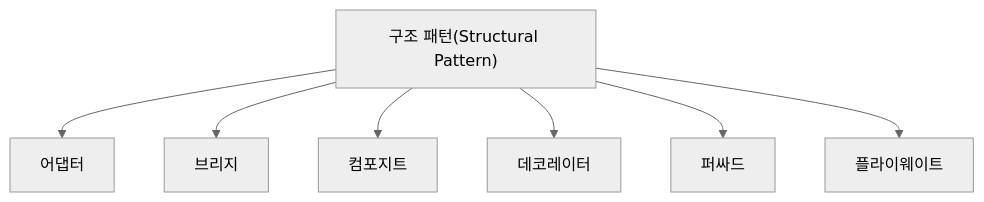
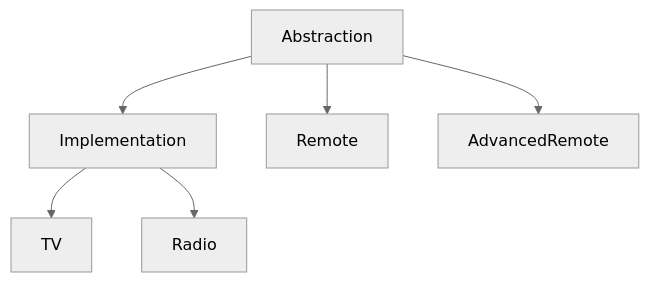
One commit to nes0903/study changed the fifth of 11 diagrams in 정보처리기사/1과목 소프트웨어 설계/051 구조 패턴(Structural Pattern)/051 구조 패턴(Structural Pattern).md. Above: the diagram before and after it, drawn with Mermaid (neutral theme). The commit also changed other lines of this file and 318 other files, not shown here.

````diff
--- a/정보처리기사/1과목 소프트웨어 설계/051 구조 패턴(Structural Pattern)/051 구조 패턴(Structural Pattern).md
+++ b/정보처리기사/1과목 소프트웨어 설계/051 구조 패턴(Structural Pattern)/051 구조 패턴(Structural Pattern).md
@@ -13,10 +157,9 @@
 ```mermaid
 flowchart TD
-    A["구조 패턴(Structural Pattern)"]
-    A --> N1["어댑터"]
-    A --> N2["브리지"]
-    A --> N3["컴포지트"]
-    A --> N4["데코레이터"]
-    A --> N5["퍼싸드"]
-    A --> N6["플라이웨이트"]
+    A["Abstraction"]
+    A --> B["Implementation"]
+    A --> A1["Remote"]
+    A --> A2["AdvancedRemote"]
+    B --> B1["TV"]
+    B --> B2["Radio"]
 ```
````
